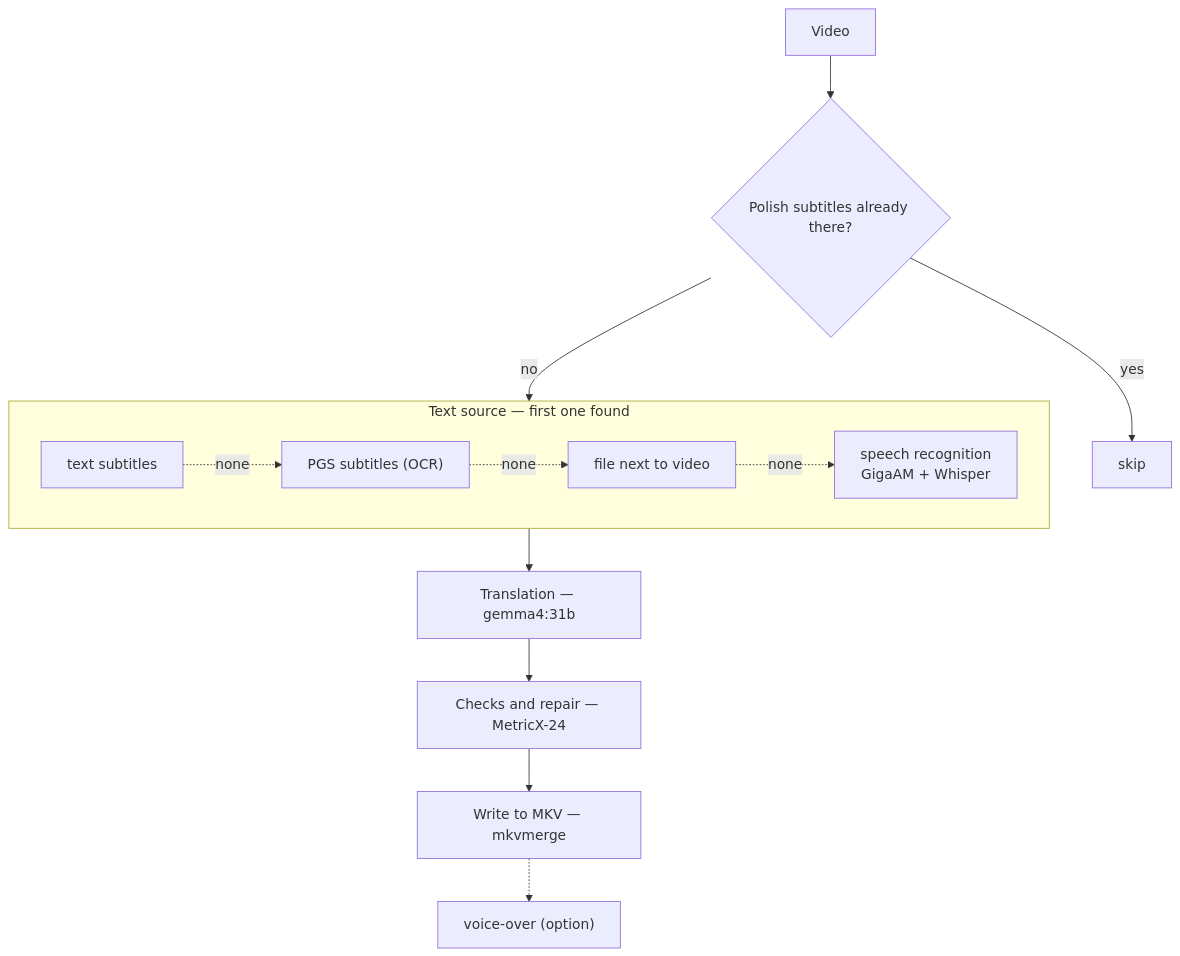
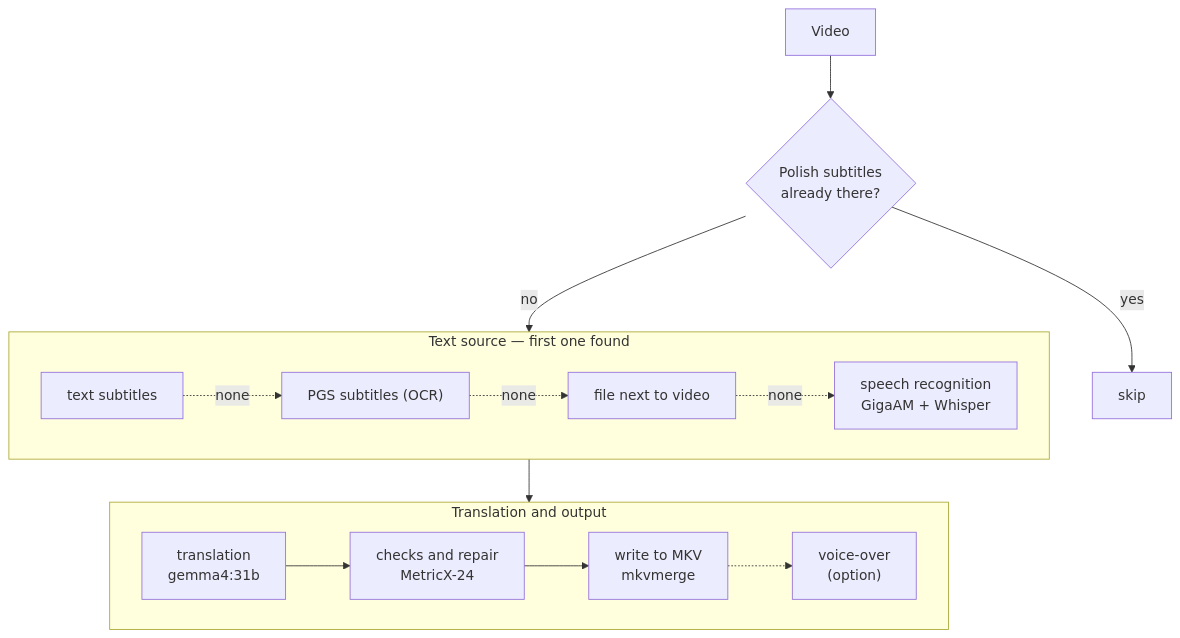
Before and after one commit to gregmol123/mkv-translator: the diagram in README.en.md, drawn with Mermaid. The commit also changed 1 other file, not shown here.

Commit message:
README: niższy schemat — tłumaczenie i zapis w jednym rzędzie

````diff
--- a/README.en.md
+++ b/README.en.md
@@ -20,14 +20,15 @@
 ```mermaid
 flowchart TD
-    A["Video"] --> B{"Polish subtitles already there?"}
+    A["Video"] --> B{"Polish subtitles<br/>already there?"}
     B -- yes --> Z["skip"]
     B -- no --> S
     subgraph S["Text source — first one found"]
         direction LR
         S1["text subtitles"] -. none .-> S2["PGS subtitles (OCR)"] -. none .-> S3["file next to video"] -. none .-> S4["speech recognition<br/>GigaAM + Whisper"]
     end
-    S --> T["Translation — gemma4:31b"]
-    T --> Q["Checks and repair — MetricX-24"]
-    Q --> M["Write to MKV — mkvmerge"]
-    M -.-> L["voice-over (option)"]
+    S --> P
+    subgraph P["Translation and output"]
+        direction LR
+        T["translation<br/>gemma4:31b"] --> Q["checks and repair<br/>MetricX-24"] --> M["write to MKV<br/>mkvmerge"] -.-> L["voice-over<br/>(option)"]
+    end
 ```
````
